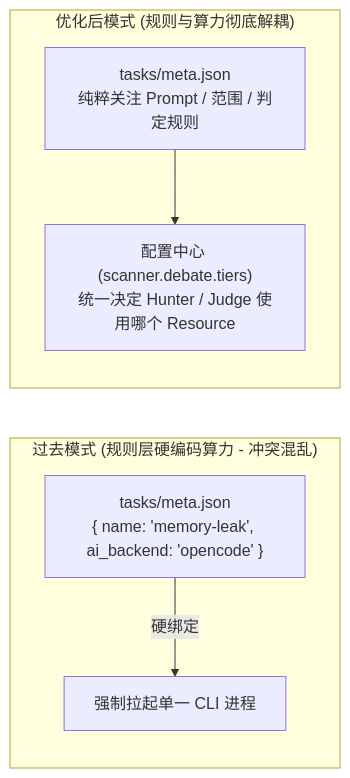
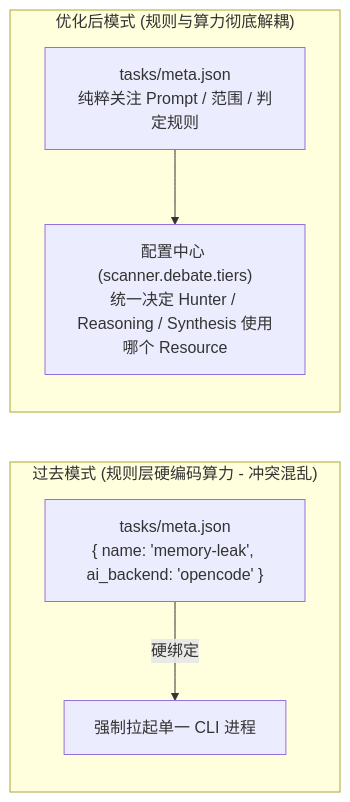
One commit to fugui/code-shield changed the third of 4 diagrams in docs/native-llm-architecture/02-CodeShield-AI执行引擎与企业治理配置架构优化设计.md. Above: the diagram before and after it, drawn with Mermaid. The commit also changed other lines of this file, not shown here.

````diff
--- a/docs/native-llm-architecture/02-CodeShield-AI执行引擎与企业治理配置架构优化设计.md
+++ b/docs/native-llm-architecture/02-CodeShield-AI执行引擎与企业治理配置架构优化设计.md
@@ -133,13 +133,13 @@
 ```mermaid
 graph LR
     subgraph Old_Way ["过去模式 (规则层硬编码算力 - 冲突混乱)"]
         Task_Old["tasks/meta.json<br/>{ name: 'memory-leak', ai_backend: 'opencode' }"]
         Task_Old -->|硬绑定| CLI["强制拉起单一 CLI 进程"]
     end
 
     subgraph New_Way ["优化后模式 (规则与算力彻底解耦)"]
         Task_New["tasks/meta.json<br/>纯粹关注 Prompt / 范围 / 判定规则"]
-        Config_Center["配置中心 (scanner.debate.tiers)<br/>统一决定 Hunter / Judge 使用哪个 Resource"]
+        Config_Center["配置中心 (scanner.debate.tiers)<br/>统一决定 Hunter / Reasoning / Synthesis 使用哪个 Resource"]
         Task_New --> Config_Center
     end
 ```
````
